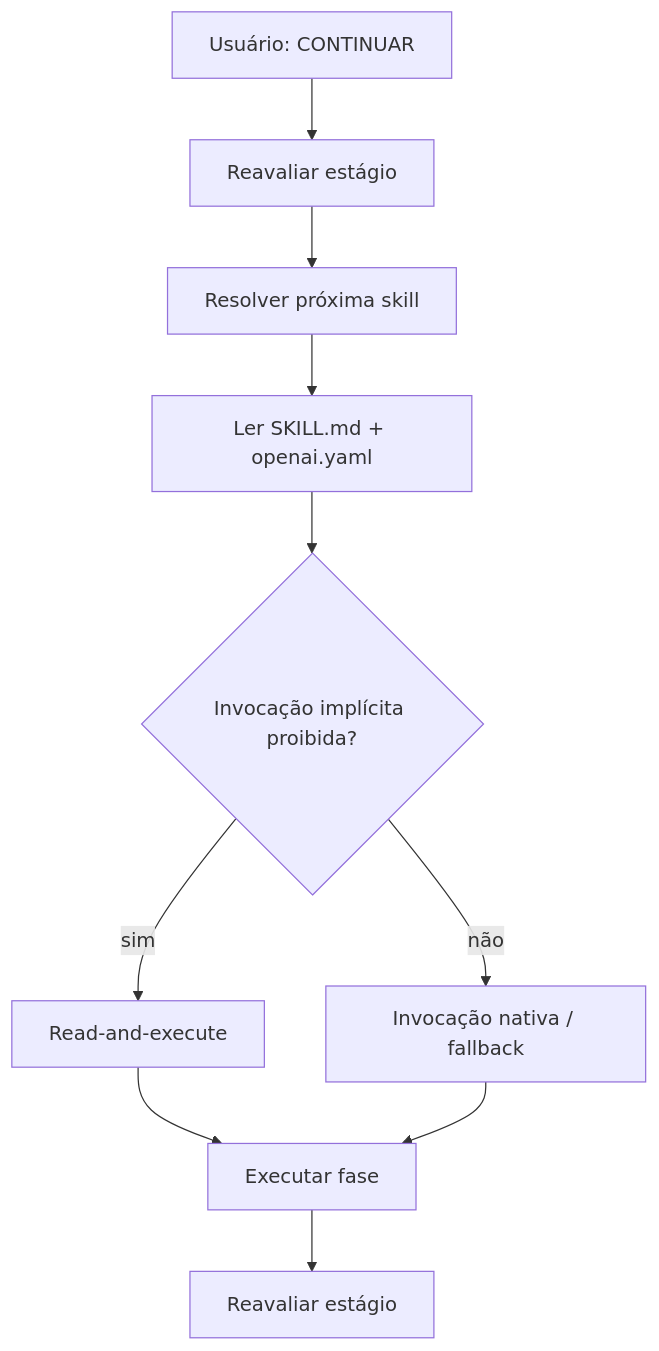
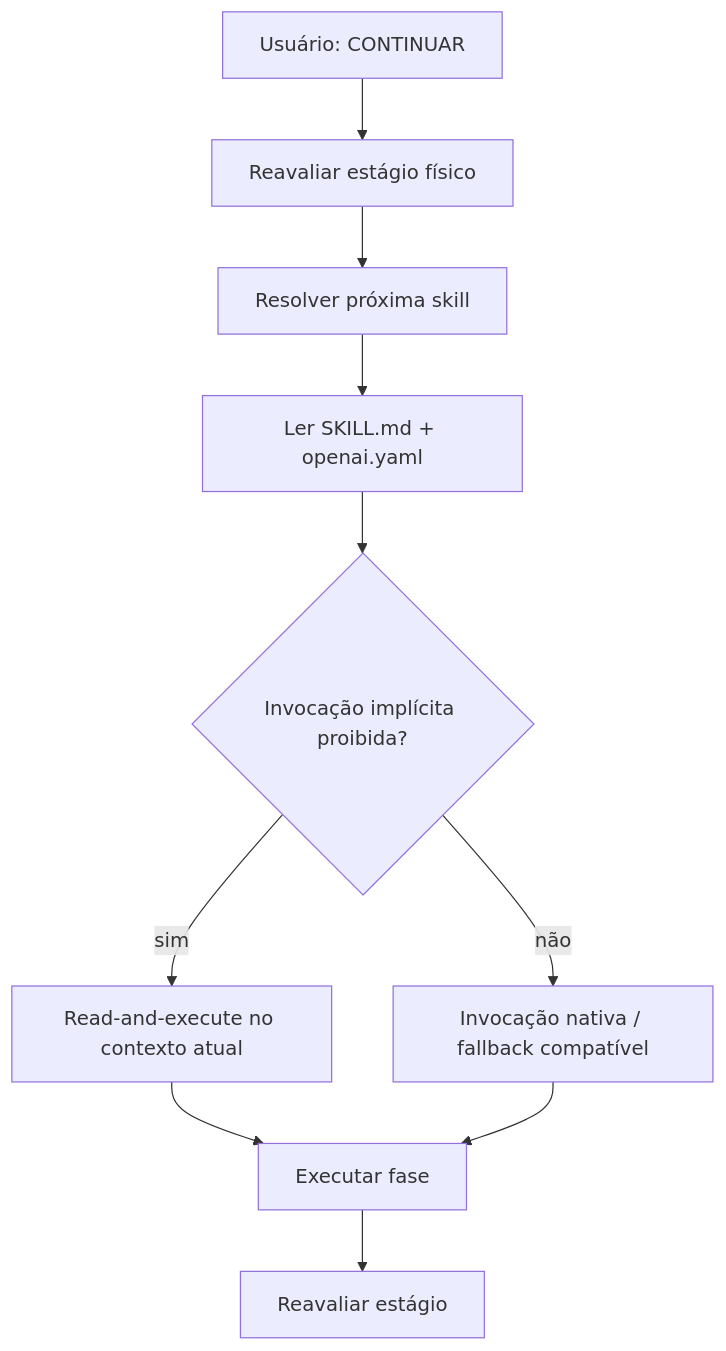
One commit to MarceloClaro/reversa changed the sixth of 6 diagrams in README.md. Above: the diagram before and after it, drawn with Mermaid. The commit also changed other lines of this file, not shown here.

````diff
--- a/README.md
+++ b/README.md
@@ -758,12 +687,12 @@
 ```mermaid
 flowchart TD
-    C["Usuário: CONTINUAR"] --> R["Reavaliar estágio"]
+    C["Usuário: CONTINUAR"] --> R["Reavaliar estágio físico"]
     R --> S["Resolver próxima skill"]
     S --> M["Ler SKILL.md + openai.yaml"]
     M --> P{"Invocação implícita proibida?"}
-    P -->|"sim"| X["Read-and-execute"]
-    P -->|"não"| N["Invocação nativa / fallback"]
+    P -->|"sim"| X["Read-and-execute no contexto atual"]
+    P -->|"não"| N["Invocação nativa / fallback compatível"]
     X --> D["Executar fase"]
     N --> D
     D --> R2["Reavaliar estágio"]
 ```
````
